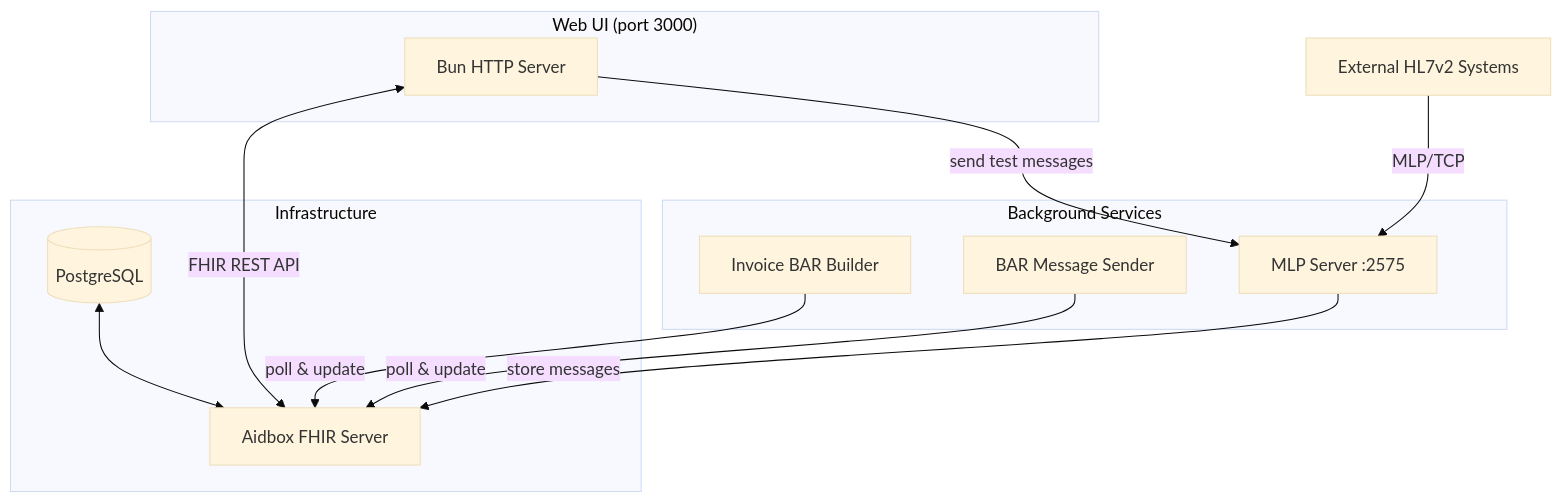
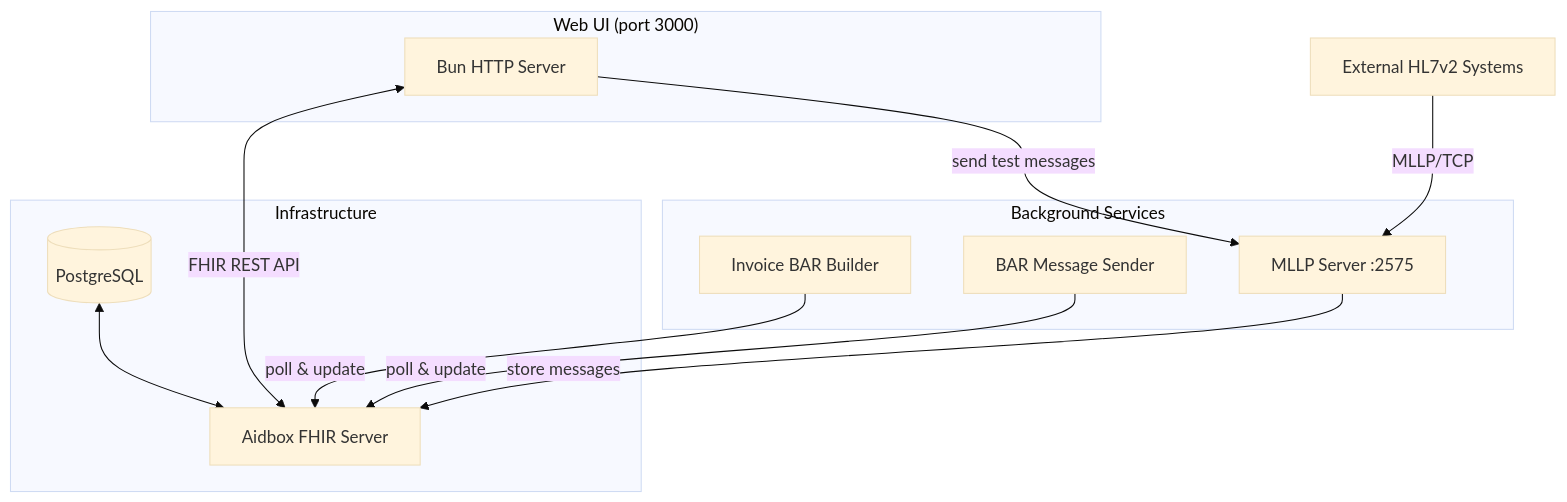
Before and after one commit to Aidbox/aidbox-hl7v2-example: the first of 7 diagrams in spec/architecture.md, drawn with Mermaid (base theme). The commit also changed other lines of this file and 7 other files, not shown here.

````diff
--- a/spec/architecture.md
+++ b/spec/architecture.md
@@ -7,25 +7,25 @@
 ```mermaid
 flowchart TB
     subgraph Infrastructure
         PG[(PostgreSQL)]
         Aidbox[Aidbox FHIR Server]
         PG <--> Aidbox
     end
 
     subgraph "Web UI (port 3000)"
         UI[Bun HTTP Server]
     end
 
     subgraph "Background Services"
         Builder[Invoice BAR Builder]
         Sender[BAR Message Sender]
-        MLP[MLP Server :2575]
+        MLLP[MLLP Server :2575]
     end
 
-    External[External HL7v2 Systems] -->|MLP/TCP| MLP
-    MLP -->|store messages| Aidbox
+    External[External HL7v2 Systems] -->|MLLP/TCP| MLLP
+    MLLP -->|store messages| Aidbox
     UI <-->|FHIR REST API| Aidbox
-    UI -->|send test messages| MLP
+    UI -->|send test messages| MLLP
     Builder -->|poll & update| Aidbox
     Sender -->|poll & update| Aidbox
 ```
````
